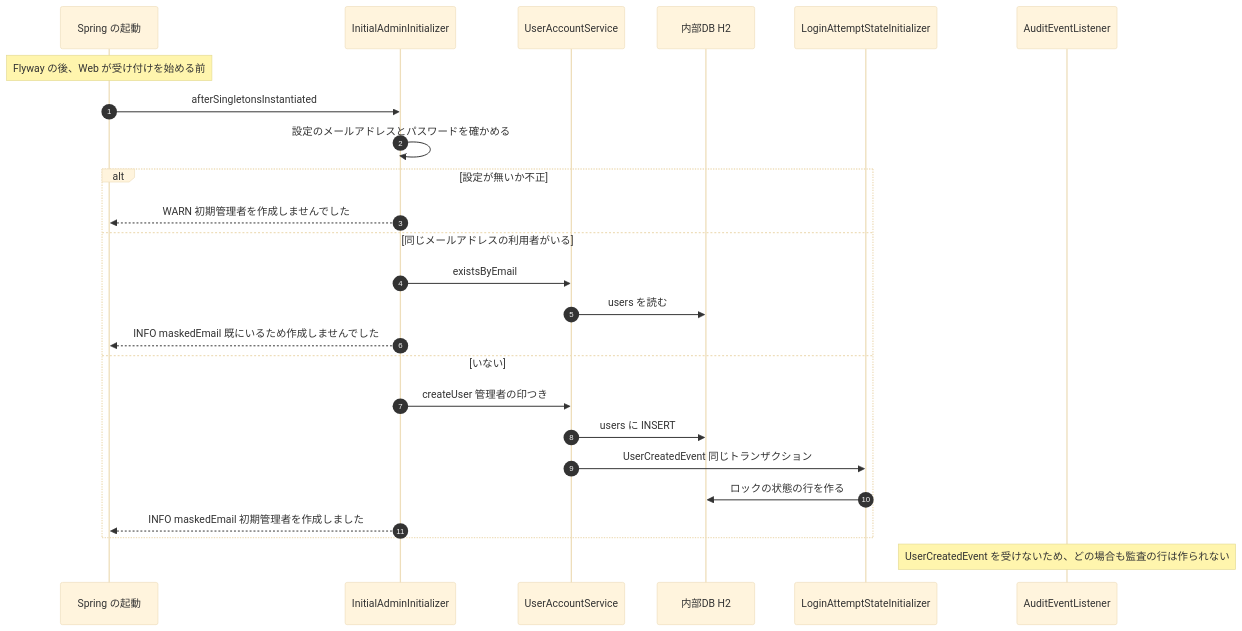
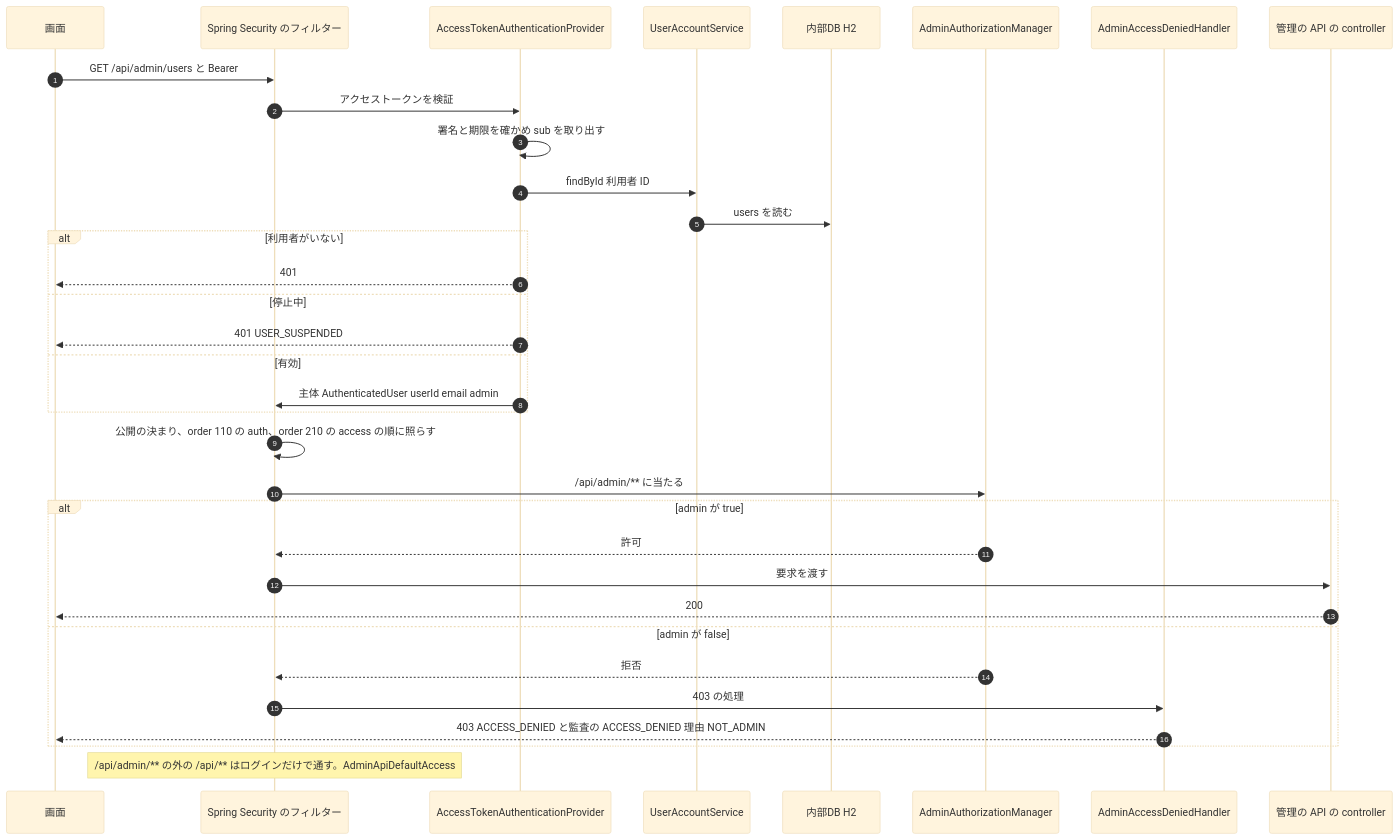
One commit to agwlvssainokuni/mastersmith2 changed the second of 5 diagrams in aidlc/spaces/default/codekb/mastersmith2/architecture.md. Above: the diagram before and after it, drawn with Mermaid (base theme). The commit also changed other lines of this file and 16 other files, not shown here.

````diff
--- a/aidlc/spaces/default/codekb/mastersmith2/architecture.md
+++ b/aidlc/spaces/default/codekb/mastersmith2/architecture.md
@@ -116,28 +115,37 @@
 ```mermaid
 sequenceDiagram
   autonumber
-  participant SP as Spring の起動
-  participant IAI as InitialAdminInitializer
+  participant FE as 画面
+  participant FC as Spring Security のフィルター
+  participant ATP as AccessTokenAuthenticationProvider
   participant UAS as UserAccountService
   participant DB as 内部DB H2
-  participant LAS as LoginAttemptStateInitializer
-  participant AL as AuditEventListener
+  participant AAM as AdminAuthorizationManager
+  participant ADH as AdminAccessDeniedHandler
+  participant CTL as 管理の API の controller
 
-  Note over SP: Flyway の後、Web が受け付けを始める前
-  SP->>IAI: afterSingletonsInstantiated
-  IAI->>IAI: 設定のメールアドレスとパスワードを確かめる
-  alt 設定が無いか不正
-    IAI-->>SP: WARN 初期管理者を作成しませんでした
-  else 同じメールアドレスの利用者がいる
-    IAI->>UAS: existsByEmail
-    UAS->>DB: users を読む
-    IAI-->>SP: INFO maskedEmail 既にいるため作成しませんでした
-  else いない
-    IAI->>UAS: createUser 管理者の印つき
-    UAS->>DB: users に INSERT
-    UAS->>LAS: UserCreatedEvent 同じトランザクション
-    LAS->>DB: ロックの状態の行を作る
-    IAI-->>SP: INFO maskedEmail 初期管理者を作成しました
+  FE->>FC: GET /api/admin/users と Bearer
+  FC->>ATP: アクセストークンを検証
+  ATP->>ATP: 署名と期限を確かめ sub を取り出す
+  ATP->>UAS: findById 利用者 ID
+  UAS->>DB: users を読む
+  alt 利用者がいない
+    ATP-->>FE: 401
+  else 停止中
+    ATP-->>FE: 401 USER_SUSPENDED
+  else 有効
+    ATP->>FC: 主体 AuthenticatedUser userId email admin
   end
-  Note over AL: UserCreatedEvent を受けないため、どの場合も監査の行は作られない
+  FC->>FC: 公開の決まり、order 110 の auth、order 210 の access の順に照らす
+  FC->>AAM: /api/admin/** に当たる
+  alt admin が true
+    AAM-->>FC: 許可
+    FC->>CTL: 要求を渡す
+    CTL-->>FE: 200
+  else admin が false
+    AAM-->>FC: 拒否
+    FC->>ADH: 403 の処理
+    ADH-->>FE: 403 ACCESS_DENIED と監査の ACCESS_DENIED 理由 NOT_ADMIN
+  end
+  Note over FC: /api/admin/** の外の /api/** はログインだけで通す。AdminApiDefaultAccess
 ```
````
